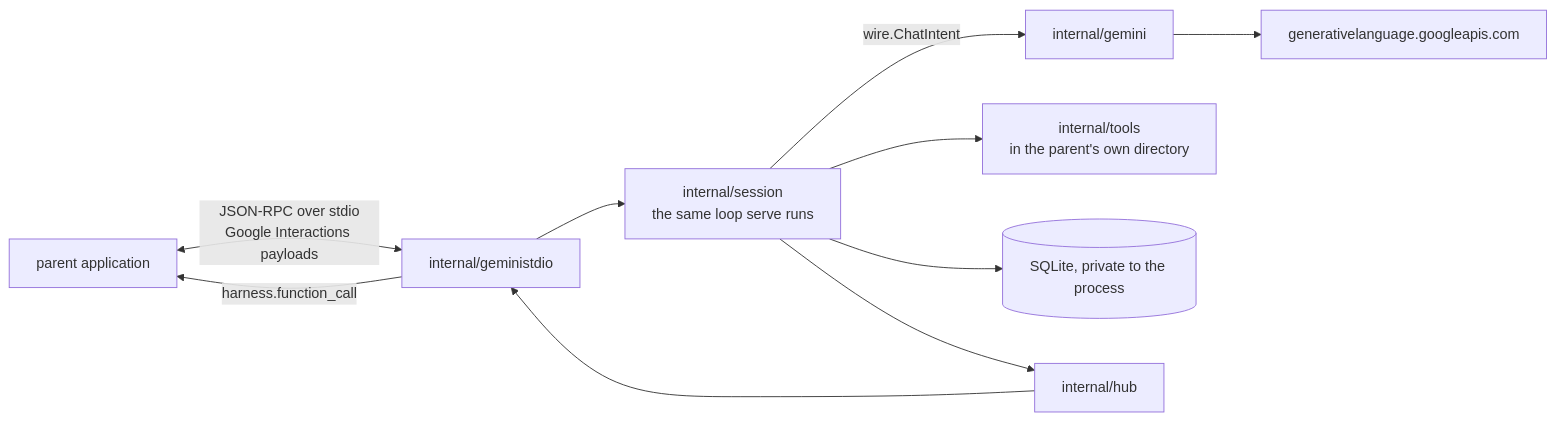
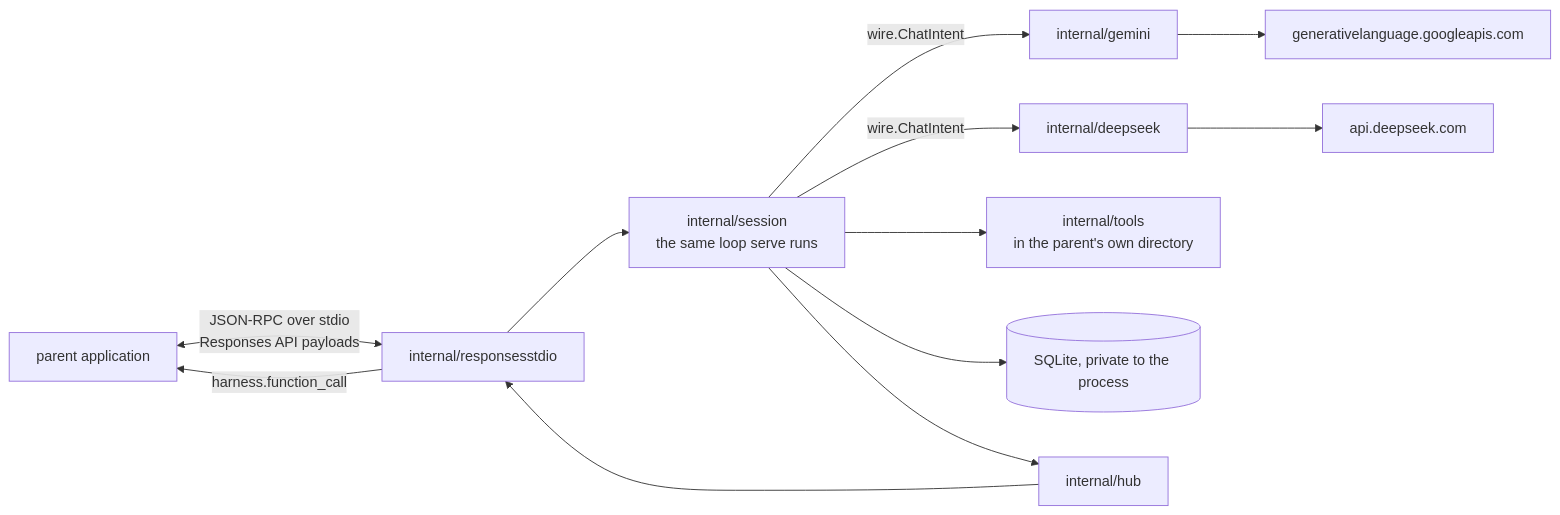
One commit to tinkerindustries/agent-harness changed the second of 2 diagrams in ARCHITECTURE.md. Above: the diagram before and after it, drawn with Mermaid. The commit also changed other lines of this file and 50 other files, not shown here.

````diff
--- a/ARCHITECTURE.md
+++ b/ARCHITECTURE.md
@@ -86,12 +102,14 @@
 ```mermaid
 flowchart LR
-    parent[parent application] <-->|JSON-RPC over stdio<br/>Google Interactions payloads| gs[internal/geministdio]
+    parent[parent application] <-->|JSON-RPC over stdio<br/>Responses API payloads| gs[internal/responsesstdio]
     gs --> session2[internal/session<br/>the same loop serve runs]
     session2 -->|wire.ChatIntent| gc[internal/gemini]
+    session2 -->|wire.ChatIntent| dc[internal/deepseek]
     gc --> gapi[generativelanguage.googleapis.com]
+    dc --> dapi[api.deepseek.com]
     session2 --> tools2[internal/tools<br/>in the parent's own directory]
     session2 --> st2[(SQLite, private to the process)]
     session2 --> hub2[internal/hub]
     hub2 --> gs
     gs -->|harness.function_call| parent
 ```
````
